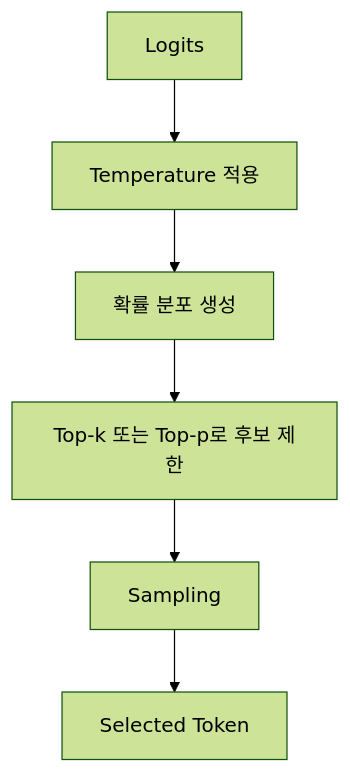
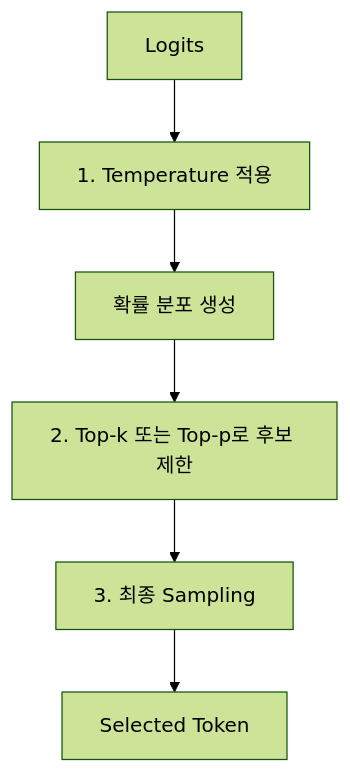
The third of 4 diagrams in src/content/blog/2026-07-03-llm-core-decoding.md (jwsung91/jwsung91.github.io), drawn with Mermaid (forest theme) before and after one commit. The commit also changed other lines of this file and 35 other files, not shown here.

````diff
--- a/src/content/blog/2026-07-03-llm-core-decoding.md
+++ b/src/content/blog/2026-07-03-llm-core-decoding.md
@@ -400,8 +273,8 @@
 ```mermaid
 flowchart TD
-    A[Logits] --> B[Temperature 적용]
+    A[Logits] --> B[1. Temperature 적용]
     B --> C[확률 분포 생성]
-    C --> D[Top-k 또는 Top-p로 후보 제한]
-    D --> E[Sampling]
+    C --> D[2. Top-k 또는 Top-p로 후보 제한]
+    D --> E[3. 최종 Sampling]
     E --> F[Selected Token]
 ```
````
